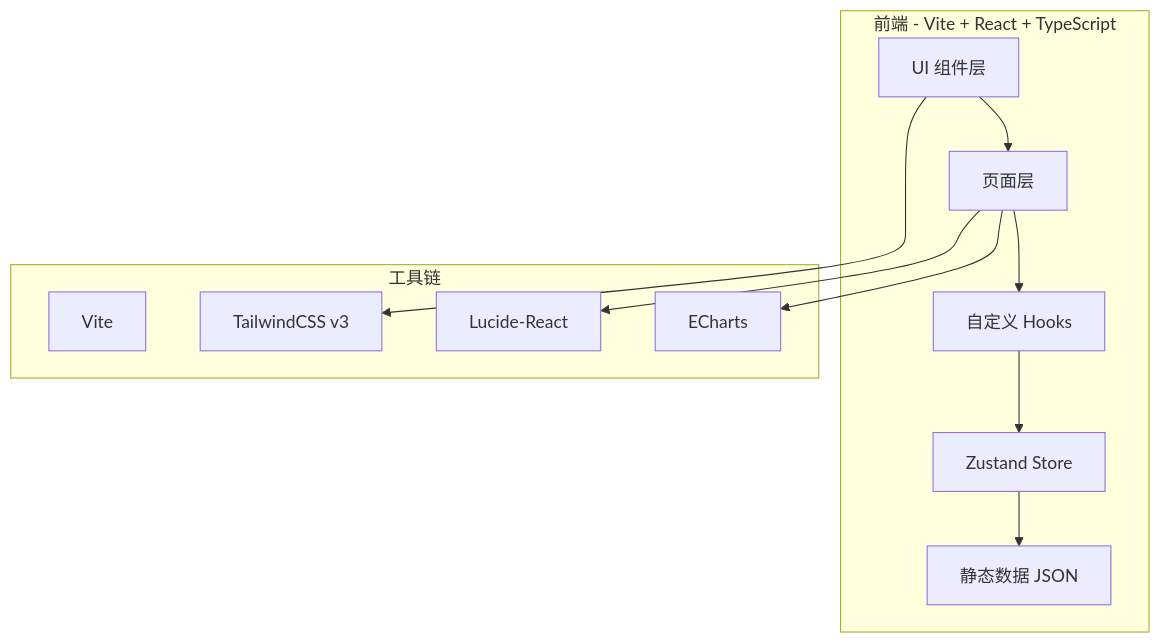
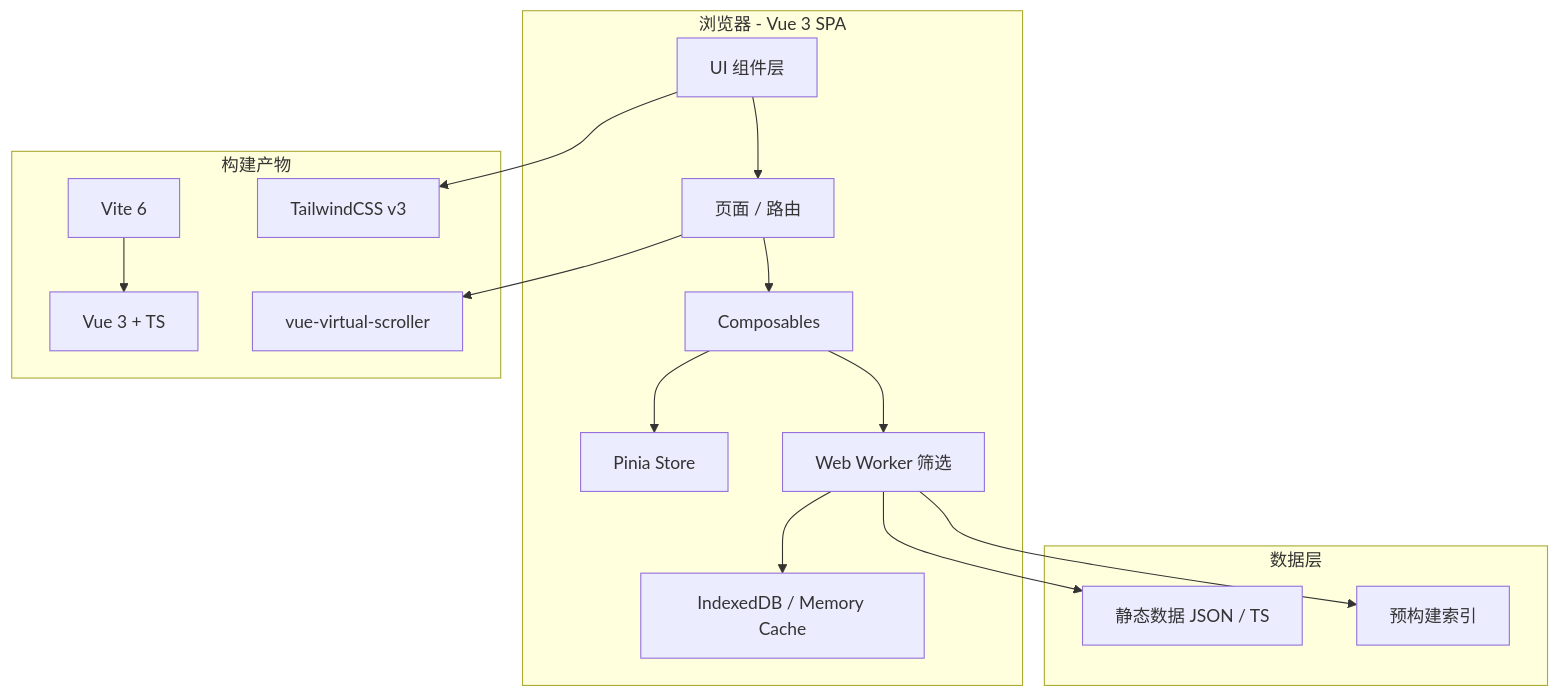
Before and after one commit to woshiabc55/AE: the diagram in .trae/documents/TECHNICAL.md, drawn with Mermaid. The commit also changed other lines of this file and 59 other files, not shown here.

````diff
--- a/.trae/documents/TECHNICAL.md
+++ b/.trae/documents/TECHNICAL.md
@@ -5,25 +5,34 @@
 ```mermaid
 flowchart TB
-    subgraph Frontend[前端 - Vite + React + TypeScript]
+    subgraph Client[浏览器 - Vue 3 SPA]
         UI[UI 组件层]
-        Pages[页面层]
-        Hooks[自定义 Hooks]
-        Store[Zustand Store]
-        Data[静态数据 JSON]
+        Pages[页面 / 路由]
+        Composables[Composables]
+        Pinia[Pinia Store]
+        Worker[Web Worker 筛选]
+        Cache[IndexedDB / Memory Cache]
     end
 
-    subgraph Tooling[工具链]
-        Vite[Vite]
+    subgraph Build[构建产物]
+        Vite[Vite 6]
+        Vue[Vue 3 + TS]
         TW[TailwindCSS v3]
-        LR[Lucide-React]
-        ECharts[ECharts]
+        VVR[vue-virtual-scroller]
+    end
+
+    subgraph Data[数据层]
+        JSON[静态数据 JSON / TS]
+        Index[预构建索引]
     end
 
     UI --> Pages
-    Pages --> Hooks
-    Hooks --> Store
-    Store --> Data
+    Pages --> Composables
+    Composables --> Pinia
+    Composables --> Worker
+    Worker --> Cache
     UI --> TW
-    Pages --> LR
-    Pages --> ECharts
+    Pages --> VVR
+    Vite --> Vue
+    Worker --> JSON
+    Worker --> Index
 ```
````
